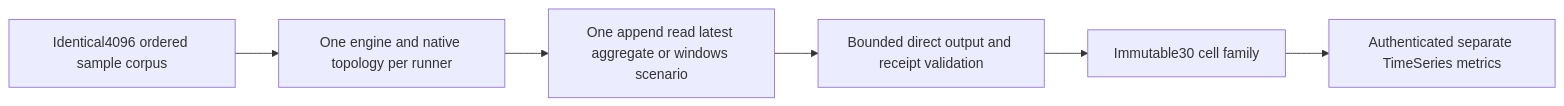
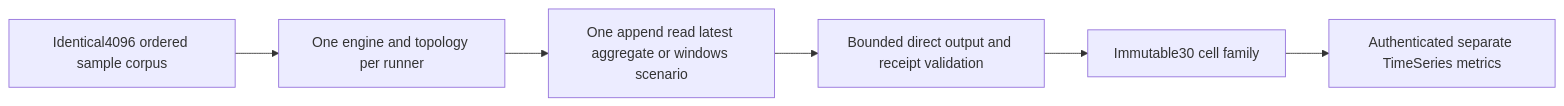
Before and after one commit to managedcode/KeyLoad: the sixth of 11 diagrams in docs/Features/BenchmarkComparisons.md, drawn with Mermaid. The commit also changed other lines of this file and 9016 other files, not shown here.

````diff
--- a/docs/Features/BenchmarkComparisons.md
+++ b/docs/Features/BenchmarkComparisons.md
@@ -346,8 +346,8 @@
 ```mermaid
 flowchart LR
-    Seed[Identical4096 ordered sample corpus] --> Native[One engine and native topology per runner]
-    Native --> Operation[One append read latest aggregate or windows scenario]
+    Seed[Identical4096 ordered sample corpus] --> Execution[One engine and topology per runner]
+    Execution --> Operation[One append read latest aggregate or windows scenario]
     Operation --> Verify[Bounded direct output and receipt validation]
     Verify --> Raw[Immutable30 cell family]
     Raw --> Site[Authenticated separate TimeSeries metrics]
 ```
````
